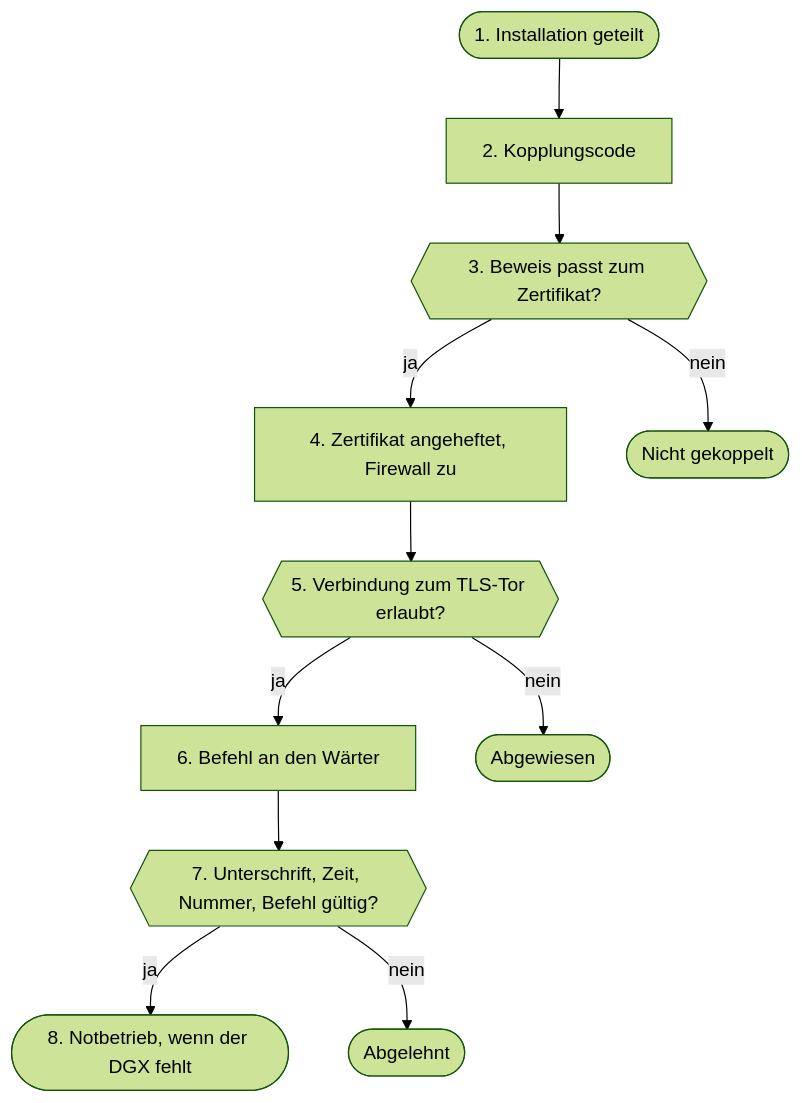
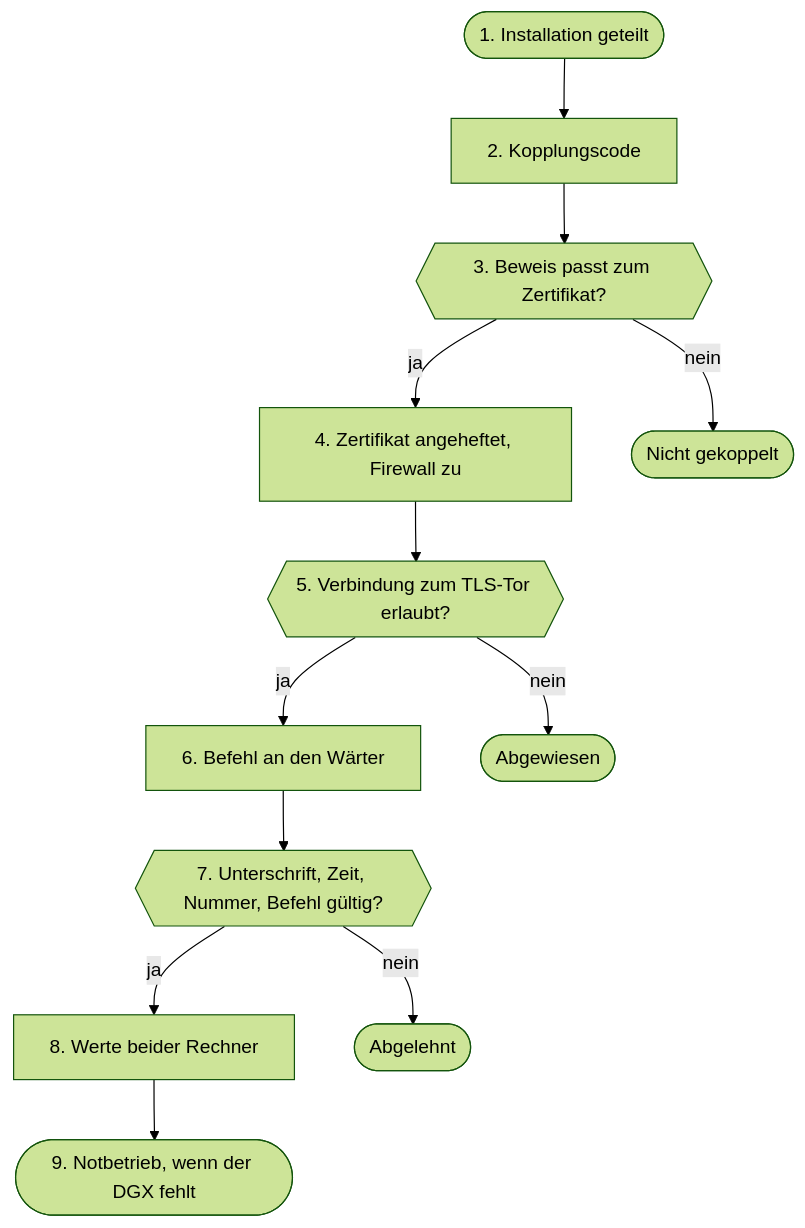
Diagram 22 of 26 in docs/de/architektur.md (db9979/speech-on-dgx-spark), drawn with Mermaid (forest theme) before and after one commit. The commit also changed other lines of this file and 33 other files, not shown here.

````diff
--- a/docs/de/architektur.md
+++ b/docs/de/architektur.md
@@ -2838,24 +2840,26 @@
 ```mermaid
 flowchart TD
   s1(["1. Installation geteilt"])
   s2["2. Kopplungscode"]
   s3{{"3. Beweis passt zum Zertifikat?"}}
   s4["4. Zertifikat angeheftet, Firewall zu"]
   s5{{"5. Verbindung zum TLS-Tor erlaubt?"}}
   s6["6. Befehl an den Wärter"]
   s7{{"7. Unterschrift, Zeit, Nummer, Befehl gültig?"}}
-  s8(["8. Notbetrieb, wenn der DGX fehlt"])
+  s9["8. Werte beider Rechner"]
+  s8(["9. Notbetrieb, wenn der DGX fehlt"])
   s1 --> s2
   s2 --> s3
   s3 -->|ja| s4
   s4 --> s5
   s5 -->|ja| s6
   s6 --> s7
-  s7 -->|ja| s8
+  s7 -->|ja| s9
+  s9 --> s8
   s3x(["Nicht gekoppelt"])
   s3 -->|nein| s3x
   s5x(["Abgewiesen"])
   s5 -->|nein| s5x
   s7x(["Abgelehnt"])
   s7 -->|nein| s7x
 ```
````
